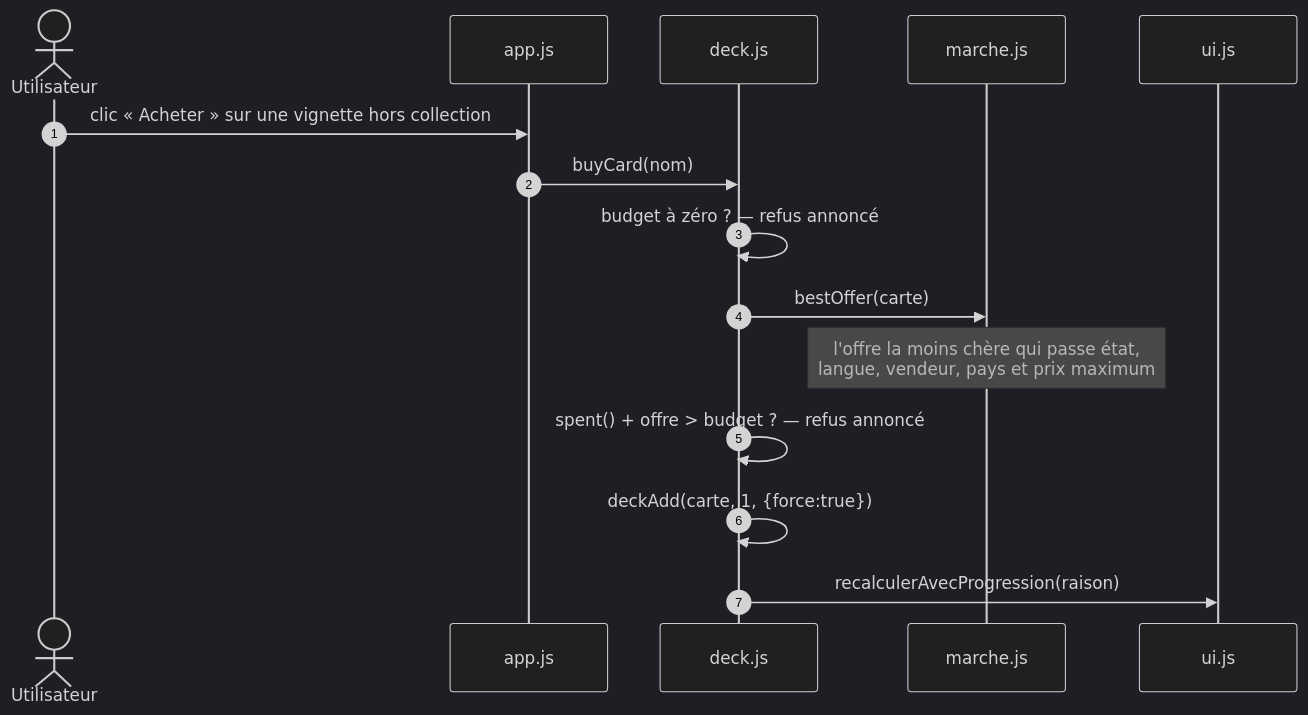
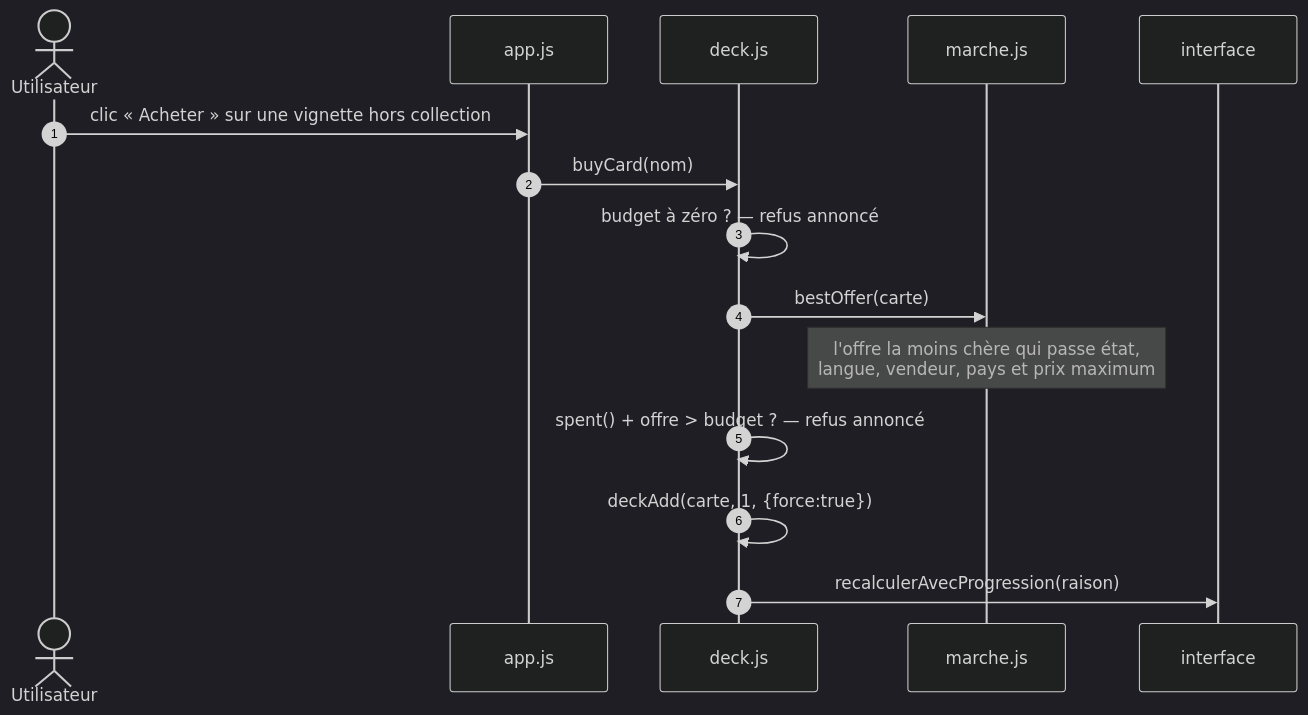
One commit to HJoudrier/MtgDeckBuilder_v3 changed diagram 12 of 13 in PARCOURS.md. Above: the diagram before and after it, drawn with Mermaid (dark theme). The commit also changed other lines of this file and 27 other files, not shown here.

````diff
--- a/PARCOURS.md
+++ b/PARCOURS.md
@@ -486,18 +475,18 @@
 ```mermaid
 sequenceDiagram
     autonumber
     actor U as Utilisateur
     participant APP as app.js
     participant DECK as deck.js
     participant MARCHE as marche.js
-    participant UI as ui.js
+    participant UI as interface
 
     U->>APP: clic « Acheter » sur une vignette hors collection
     APP->>DECK: buyCard(nom)
     DECK->>DECK: budget à zéro ? — refus annoncé
     DECK->>MARCHE: bestOffer(carte)
     Note over MARCHE: l'offre la moins chère qui passe état,<br/>langue, vendeur, pays et prix maximum
     DECK->>DECK: spent() + offre > budget ? — refus annoncé
     DECK->>DECK: deckAdd(carte, 1, {force:true})
     DECK->>UI: recalculerAvecProgression(raison)
 ```
````
